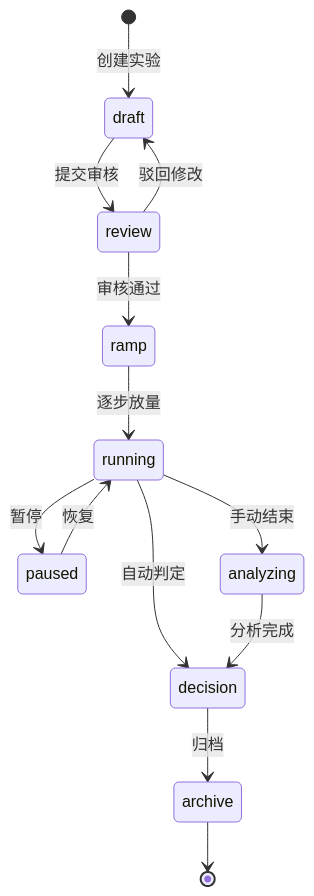
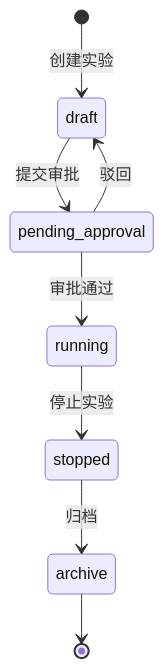
One commit to HiCooper/gate-flow changed the second of 5 diagrams in docs/docs-site/dev/ab-system/data-model.md. Above: the diagram before and after it, drawn with Mermaid. The commit also changed other lines of this file and 30 other files, not shown here.

````diff
--- a/docs/docs-site/dev/ab-system/data-model.md
+++ b/docs/docs-site/dev/ab-system/data-model.md
@@ -147,15 +291,10 @@
 ```mermaid
 stateDiagram-v2
     [*] --> draft: 创建实验
-    draft --> review: 提交审核
-    review --> ramp: 审核通过
-    review --> draft: 驳回修改
-    ramp --> running: 逐步放量
-    running --> paused: 暂停
-    paused --> running: 恢复
-    running --> analyzing: 手动结束
-    running --> decision: 自动判定
-    analyzing --> decision: 分析完成
-    decision --> archive: 归档
+    draft --> pending_approval: 提交审批
+    pending_approval --> draft: 驳回
+    pending_approval --> running: 审批通过
+    running --> stopped: 停止实验
+    stopped --> archive: 归档
     archive --> [*]
 ```
````
